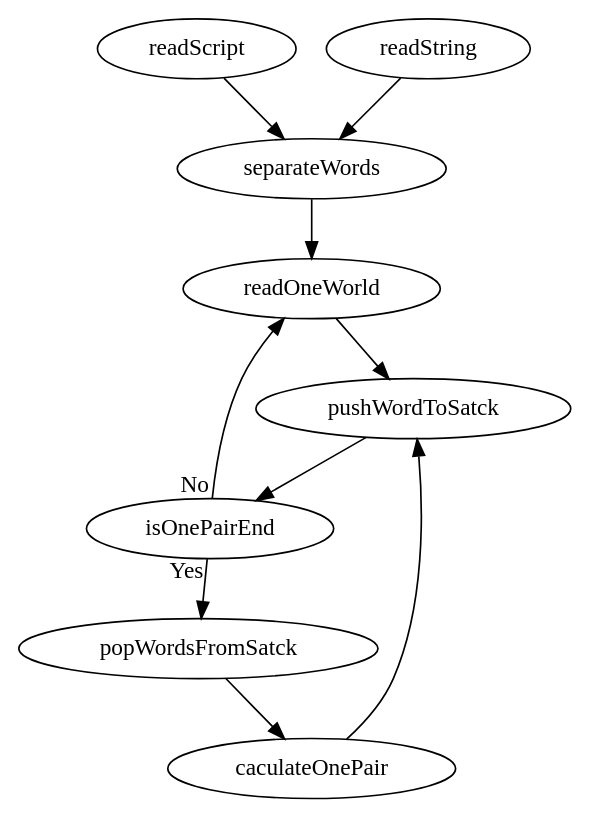
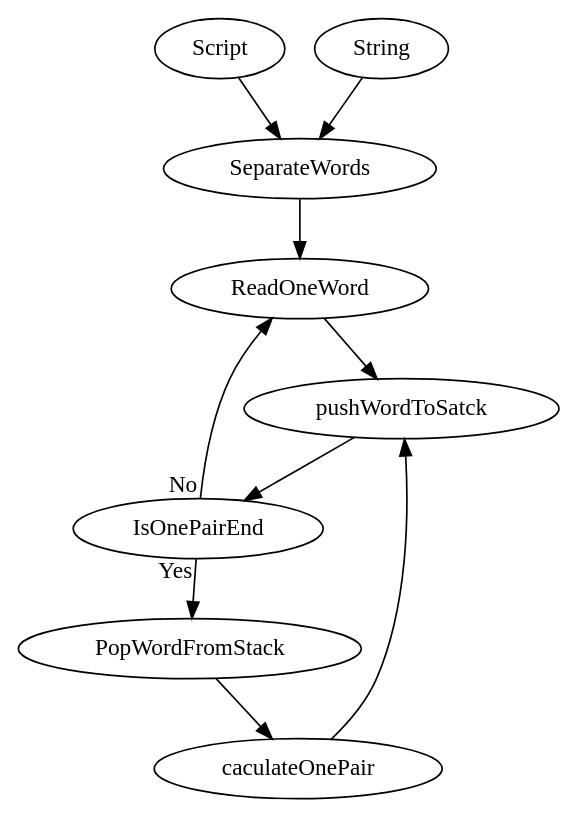
The diagram in Data/book/paser.gv (TLGK123/ReaktorEnginePre-Alpha), drawn with Graphviz before and after one commit. The commit also changed 4 other files, not shown here.

```diff
--- a/Data/book/paser.gv
+++ b/Data/book/paser.gv
@@ -1,8 +1,10 @@
 digraph test1{
-readScript-> separateWords
-readString ->separateWords
-separateWords -> readOneWorld -> pushWordToSatck -> isOnePairEnd
-isOnePairEnd -> popWordsFromSatck  [taillabel = "Yes"]  
-popWordsFromSatck -> caculateOnePair -> pushWordToSatck
-isOnePairEnd -> readOneWorld  [taillabel = "No"]
+Script-> SeparateWords
+String ->SeparateWords
+SeparateWords -> ReadOneWord -> pushWordToSatck -> IsOnePairEnd
+IsOnePairEnd -> PopWordFromStack  [taillabel = "Yes"]  
+PopWordFromStack -> caculateOnePair -> pushWordToSatck
+IsOnePairEnd -> ReadOneWord  [taillabel = "No"]
+
+
 }
```
